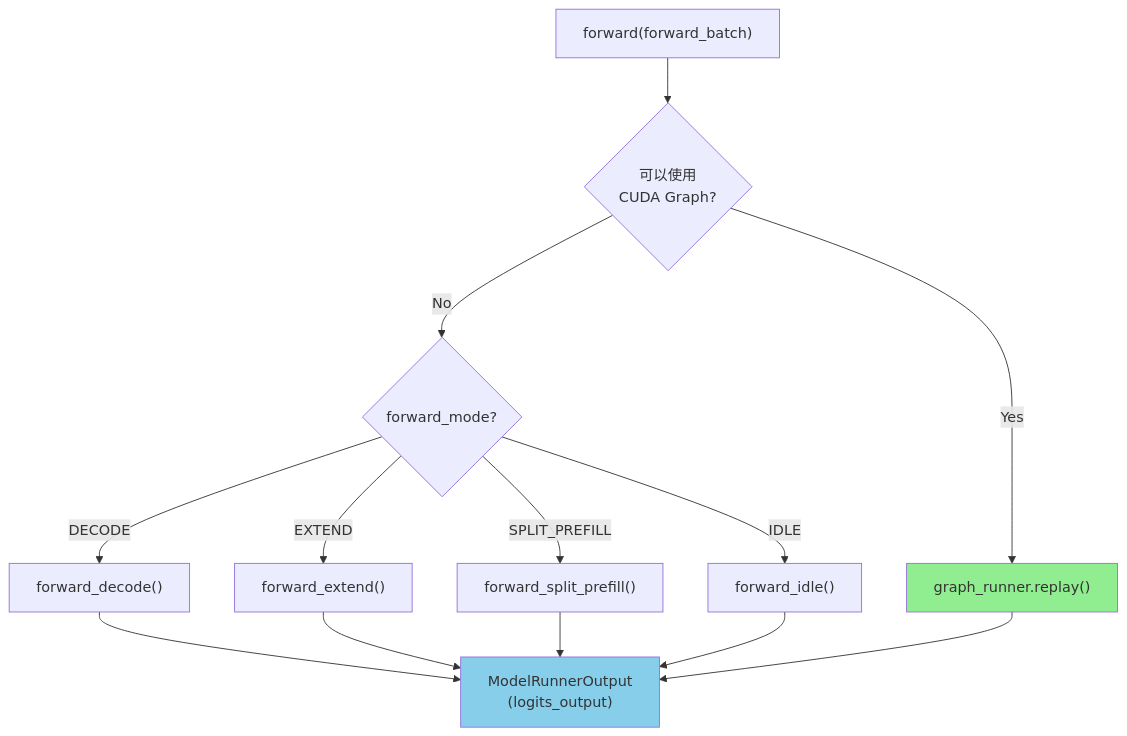
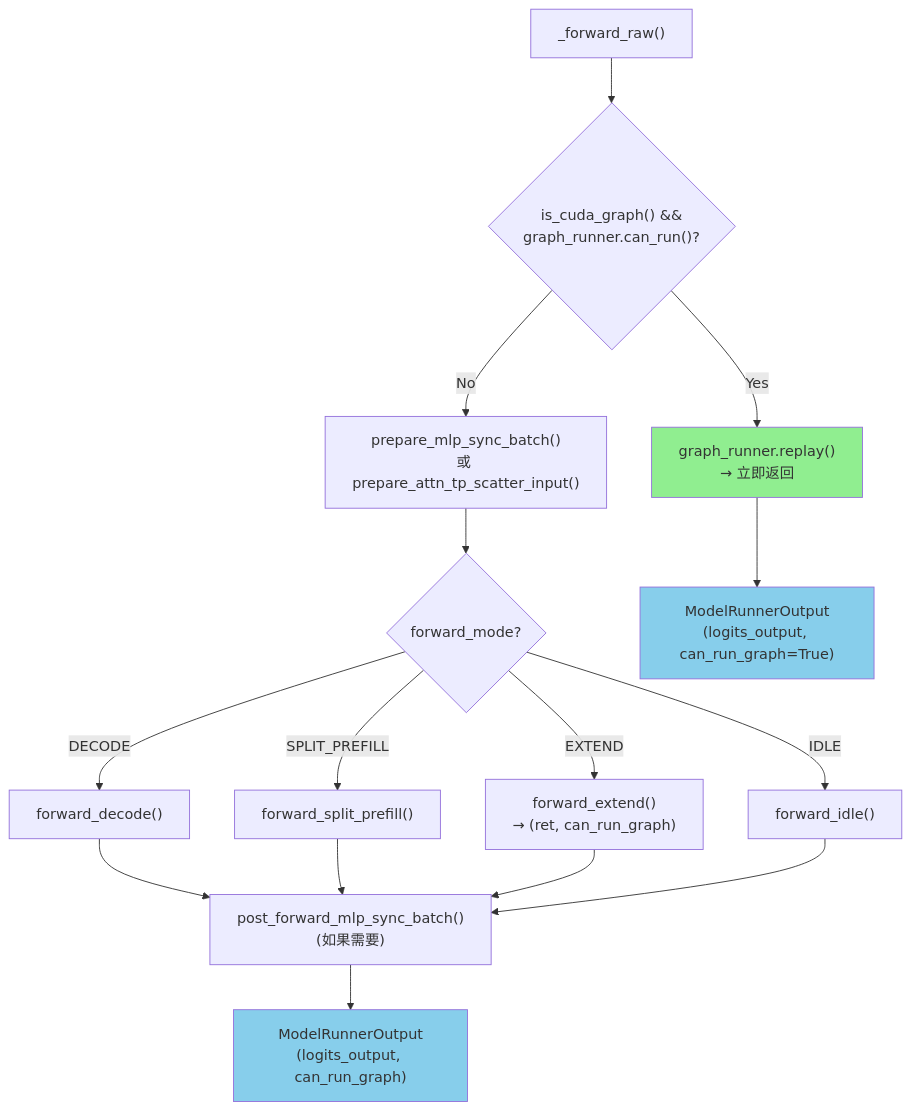
The fourth of 18 diagrams in SGLang/08-model-runner.md (wesleyck/AIInfraNotes), drawn with Mermaid before and after one commit. The commit also changed other lines of this file and 26 other files, not shown here.

````diff
--- a/SGLang/08-model-runner.md
+++ b/SGLang/08-model-runner.md
@@ -189,21 +225,25 @@
 ```mermaid
 flowchart TB
-    Start["forward(forward_batch)"] --> GraphCheck{"可以使用<br/>CUDA Graph?"}
+    Start["_forward_raw()"] --> GraphCheck{"is_cuda_graph() &&<br/>graph_runner.can_run()?"}
 
-    GraphCheck -->|Yes| Replay["graph_runner.replay()"]
-    GraphCheck -->|No| ModeCheck{"forward_mode?"}
+    GraphCheck -->|Yes| Replay["graph_runner.replay()<br/>→ 立即返回"]
+    GraphCheck -->|No| MLPSync["prepare_mlp_sync_batch()<br/>或 prepare_attn_tp_scatter_input()"]
+
+    MLPSync --> ModeCheck{"forward_mode?"}
 
     ModeCheck -->|DECODE| Decode["forward_decode()"]
-    ModeCheck -->|EXTEND| Extend["forward_extend()"]
     ModeCheck -->|SPLIT_PREFILL| Split["forward_split_prefill()"]
+    ModeCheck -->|EXTEND| Extend["forward_extend()<br/>→ (ret, can_run_graph)"]
     ModeCheck -->|IDLE| Idle["forward_idle()"]
 
-    Decode --> Output["ModelRunnerOutput<br/>(logits_output)"]
-    Extend --> Output
-    Split --> Output
-    Idle --> Output
-    Replay --> Output
+    Decode --> PostSync["post_forward_mlp_sync_batch()<br/>(如果需要)"]
+    Split --> PostSync
+    Extend --> PostSync
+    Idle --> PostSync
+    PostSync --> Output["ModelRunnerOutput<br/>(logits_output, can_run_graph)"]
+    Replay --> Output2["ModelRunnerOutput<br/>(logits_output, can_run_graph=True)"]
 
     style Replay fill:#90EE90
     style Output fill:#87CEEB
+    style Output2 fill:#87CEEB
 ```
````
